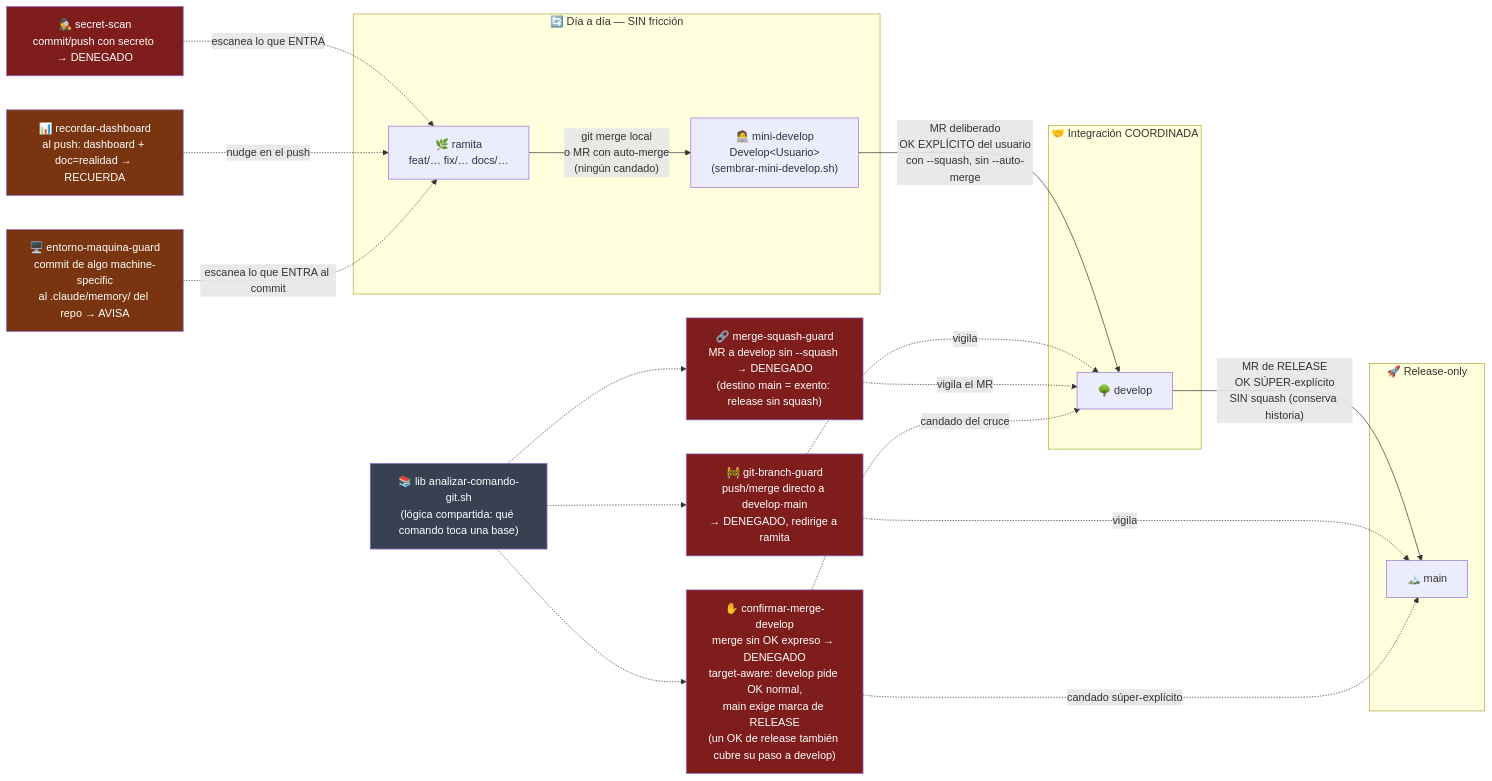
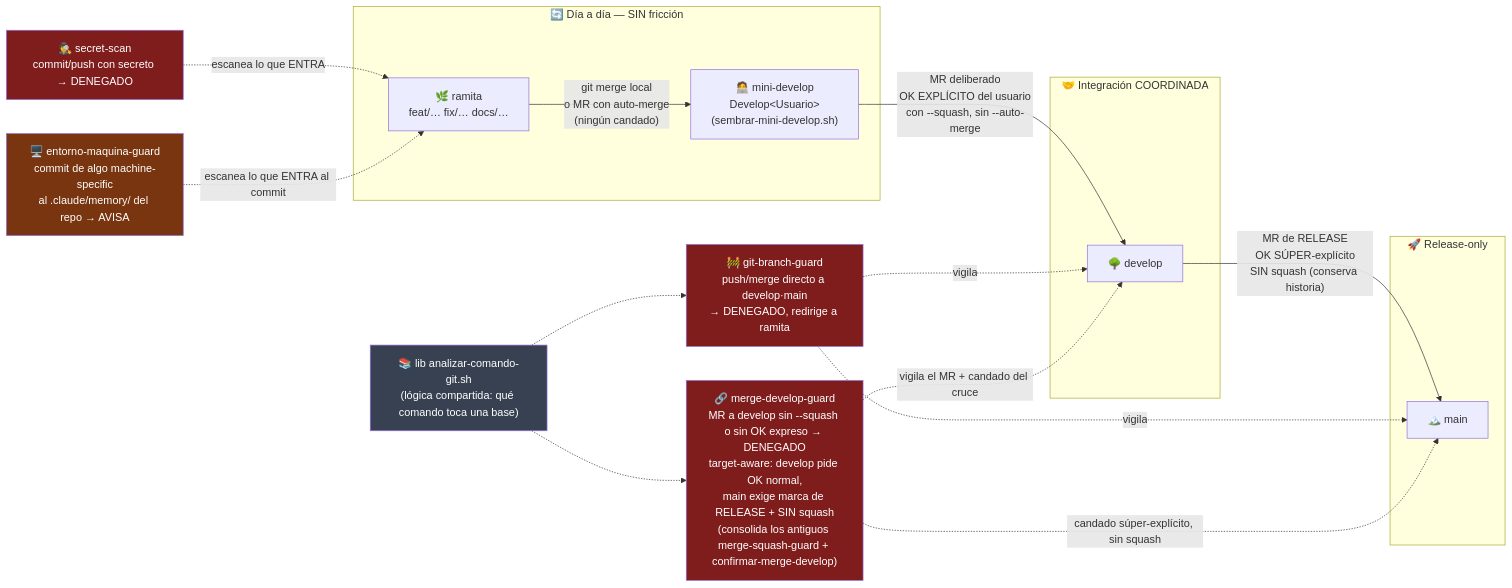
The first of 4 diagrams in docs/mapa-cerebro.md (unjordi/cortex), drawn with Mermaid before and after one commit. The commit also changed other lines of this file, not shown here.

````diff
--- a/docs/mapa-cerebro.md
+++ b/docs/mapa-cerebro.md
@@ -24,47 +24,40 @@
 ```mermaid
 flowchart LR
     subgraph dia["🔄 Día a día — SIN fricción"]
         RAMITA["🌿 ramita<br/>feat/… fix/… docs/…"]
         MINI["🧑‍💻 mini-develop<br/>Develop&lt;Usuario&gt;<br/>(sembrar-mini-develop.sh)"]
         RAMITA -->|"git merge local<br/>o MR con auto-merge<br/>(ningún candado)"| MINI
     end
 
     subgraph coordinado["🤝 Integración COORDINADA"]
         DEVELOP["🌳 develop"]
     end
 
     subgraph release["🚀 Release-only"]
         MAIN["🏔️ main"]
     end
 
     MINI -->|"MR deliberado<br/>OK EXPLÍCITO del usuario<br/>con --squash, sin --auto-merge"| DEVELOP
     DEVELOP -->|"MR de RELEASE<br/>OK SÚPER-explícito<br/>SIN squash (conserva historia)"| MAIN
 
     GBG["🚧 git-branch-guard<br/>push/merge directo a develop·main<br/>→ DENEGADO, redirige a ramita"]
-    MSG["🔗 merge-squash-guard<br/>MR a develop sin --squash → DENEGADO<br/>(destino main = exento: release sin squash)"]
-    CMD["✋ confirmar-merge-develop<br/>merge sin OK expreso → DENEGADO<br/>target-aware: develop pide OK normal,<br/>main exige marca de RELEASE<br/>(un OK de release también cubre su paso a develop)"]
+    MDG["🔗 merge-develop-guard<br/>MR a develop sin --squash o sin OK expreso → DENEGADO<br/>target-aware: develop pide OK normal,<br/>main exige marca de RELEASE + SIN squash<br/>(consolida los antiguos merge-squash-guard + confirmar-merge-develop)"]
     SS["🕵️ secret-scan<br/>commit/push con secreto → DENEGADO"]
-    RD["📊 recordar-dashboard<br/>al push: dashboard + doc=realidad → RECUERDA"]
     EMG["🖥️ entorno-maquina-guard<br/>commit de algo machine-specific<br/>al .claude/memory/ del repo → AVISA"]
     LIB["📚 lib analizar-comando-git.sh<br/>(lógica compartida: qué comando toca una base)"]
 
     GBG -.->|vigila| DEVELOP
     GBG -.->|vigila| MAIN
-    MSG -.->|vigila el MR| DEVELOP
-    CMD -.->|candado del cruce| DEVELOP
-    CMD -.->|candado súper-explícito| MAIN
+    MDG -.->|vigila el MR + candado del cruce| DEVELOP
+    MDG -.->|candado súper-explícito, sin squash| MAIN
     SS -.->|escanea lo que ENTRA| RAMITA
-    RD -.->|nudge en el push| RAMITA
     EMG -.->|escanea lo que ENTRA al commit| RAMITA
     LIB -.-> GBG
-    LIB -.-> MSG
-    LIB -.-> CMD
+    LIB -.-> MDG
 
     style GBG fill:#7f1d1d,color:#fff
-    style MSG fill:#7f1d1d,color:#fff
-    style CMD fill:#7f1d1d,color:#fff
+    style MDG fill:#7f1d1d,color:#fff
     style SS fill:#7f1d1d,color:#fff
-    style RD fill:#78350f,color:#fff
     style EMG fill:#78350f,color:#fff
     style LIB fill:#374151,color:#fff
 ```
````
